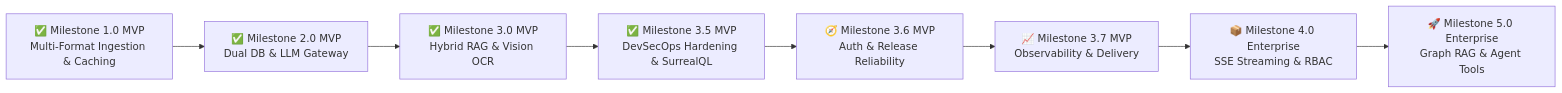
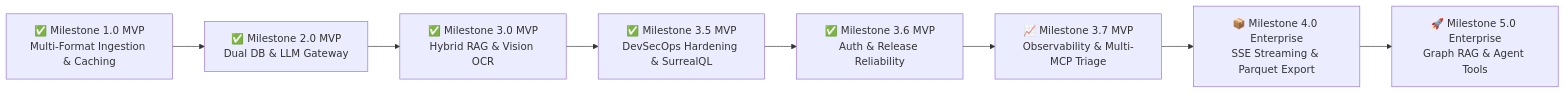
The second of 2 diagrams in README.md (lucivskvn/AetherOmni), drawn with Mermaid before and after one commit. The commit also changed other lines of this file and 1 other file, not shown here.

Commit message:
feat(ci): add refresh_pr_branches.sh CLI helper and synchronize milestone claims

````diff
--- a/README.md
+++ b/README.md
@@ -212,10 +212,10 @@
 ```mermaid
 flowchart LR
     M1["✅ Milestone 1.0 MVP<br>Multi-Format Ingestion & Caching"] --> M2["✅ Milestone 2.0 MVP<br>Dual DB & LLM Gateway"]
     M2 --> M3["✅ Milestone 3.0 MVP<br>Hybrid RAG & Vision OCR"]
     M3 --> M35["✅ Milestone 3.5 MVP<br>DevSecOps Hardening & SurrealQL"]
-    M35 --> M36["🧭 Milestone 3.6 MVP<br>Auth & Release Reliability"]
-    M36 --> M37["📈 Milestone 3.7 MVP<br>Observability & Delivery"]
-    M37 --> M4["📦 Milestone 4.0 Enterprise<br>SSE Streaming & RBAC"]
+    M35 --> M36["✅ Milestone 3.6 MVP<br>Auth & Release Reliability"]
+    M36 --> M37["📈 Milestone 3.7 MVP<br>Observability & Multi-MCP Triage"]
+    M37 --> M4["📦 Milestone 4.0 Enterprise<br>SSE Streaming & Parquet Export"]
     M4 --> M5["🚀 Milestone 5.0 Enterprise<br>Graph RAG & Agent Tools"]
 ```
````
